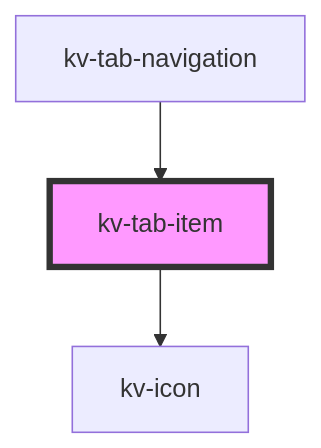
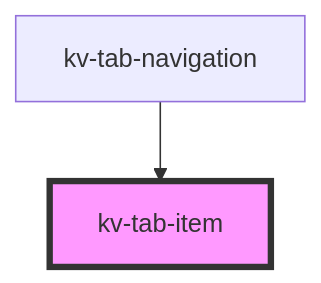
One commit to kelvininc/ui-components changed the diagram in packages/ui-components/src/components/tab-item/readme.md. Above: the diagram before and after it, drawn with Mermaid. The commit also changed other lines of this file and 48 other files, not shown here.

First line of the commit message:
feat!: migrate badge, tab-item and tab-navigation to design tokens

````diff
--- a/packages/ui-components/src/components/tab-item/readme.md
+++ b/packages/ui-components/src/components/tab-item/readme.md
@@ -98,6 +66,5 @@
 ```mermaid
 graph TD;
-  kv-tab-item --> kv-icon
   kv-tab-navigation --> kv-tab-item
   style kv-tab-item fill:#f9f,stroke:#333,stroke-width:4px
 ```
````
